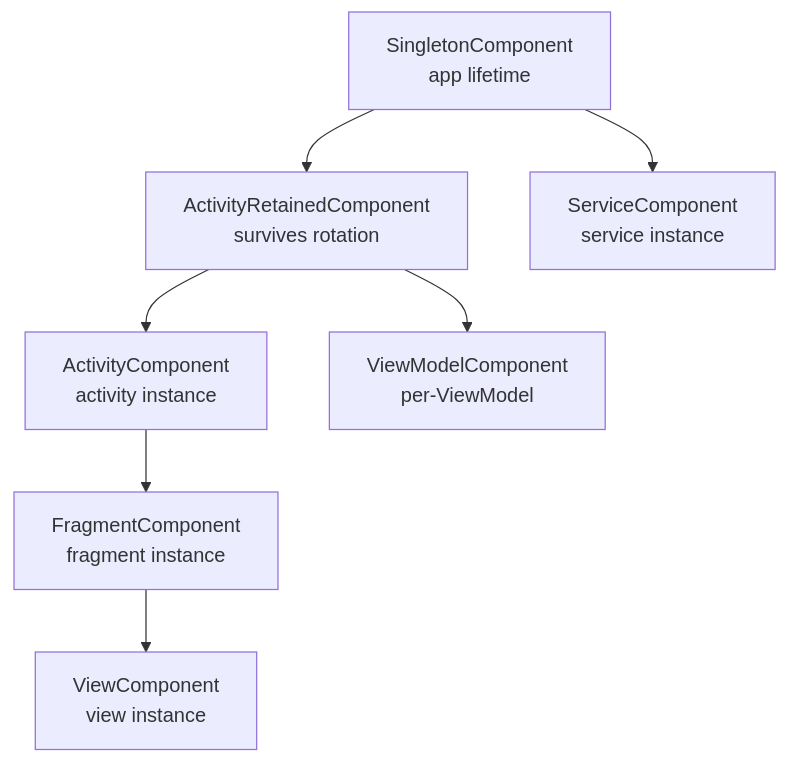
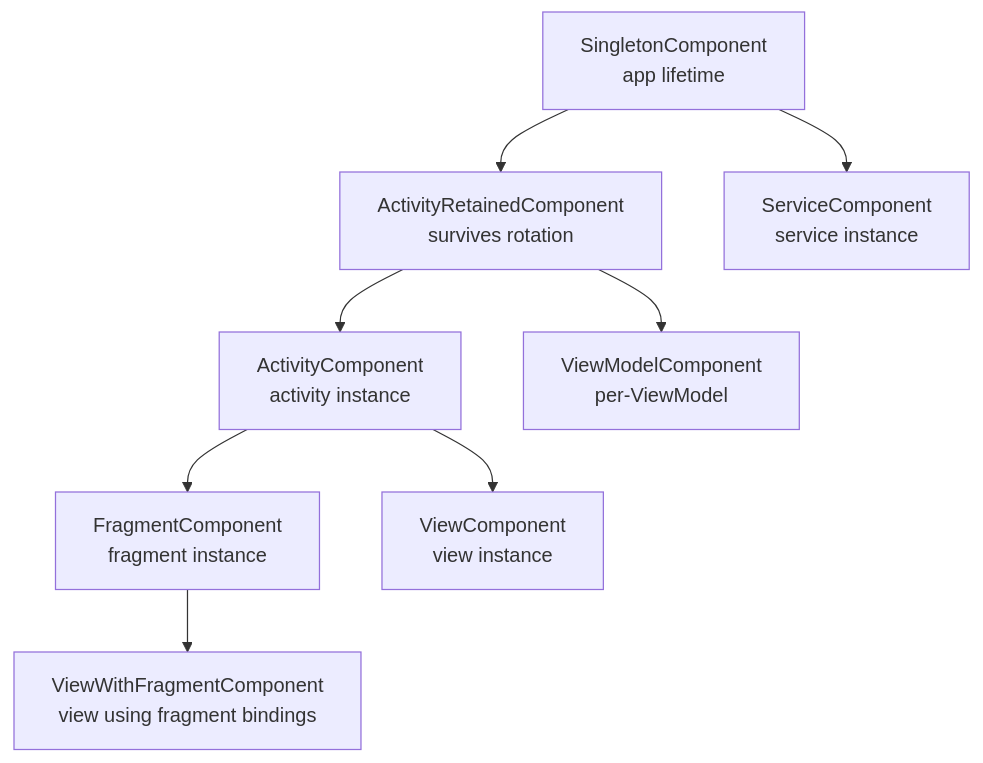
One commit to swarnsingh/android-staff-engineer-playbook-website changed the diagram in android/data-and-di/components.md. Above: the diagram before and after it, drawn with Mermaid. The commit also changed other lines of this file and 142 other files, not shown here.

````diff
--- a/android/data-and-di/components.md
+++ b/android/data-and-di/components.md
@@ -47,10 +47,11 @@
 ```mermaid
 graph TD
   Singleton["SingletonComponent<br/>app lifetime"] --> ActRet["ActivityRetainedComponent<br/>survives rotation"]
   ActRet --> Activity["ActivityComponent<br/>activity instance"]
   ActRet --> VM["ViewModelComponent<br/>per-ViewModel"]
   Activity --> Fragment["FragmentComponent<br/>fragment instance"]
-  Fragment --> View["ViewComponent<br/>view instance"]
+   Activity --> View["ViewComponent<br/>view instance"]
+   Fragment --> FragmentView["ViewWithFragmentComponent<br/>view using fragment bindings"]
 
   Singleton --> Service["ServiceComponent<br/>service instance"]
 ```
````
